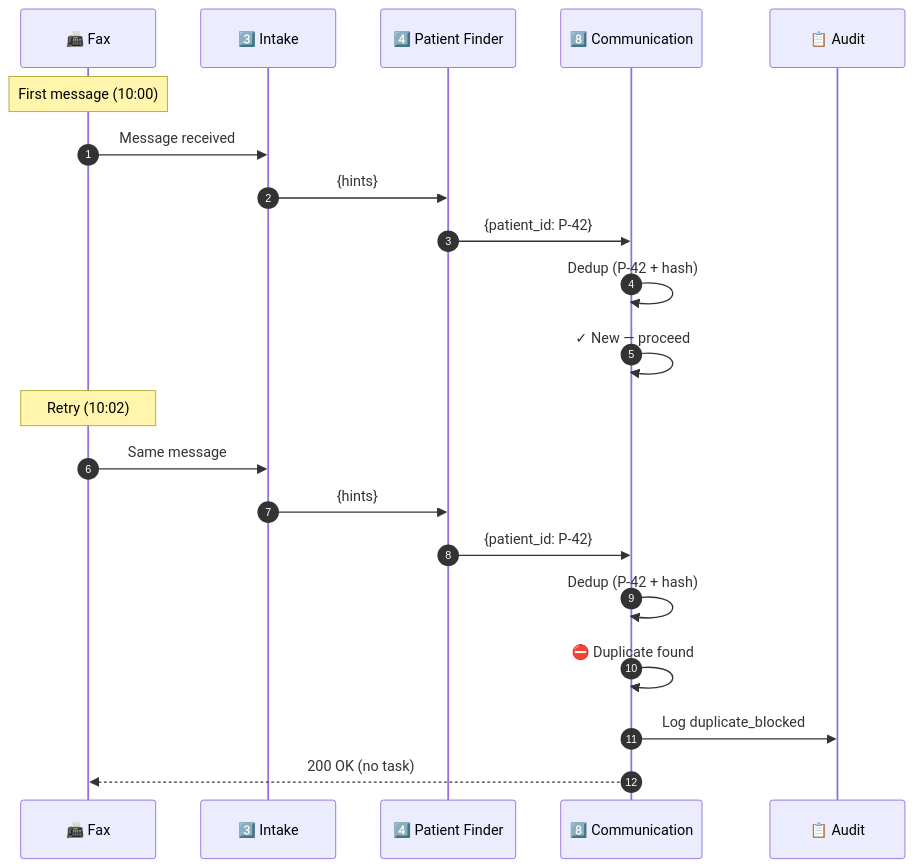
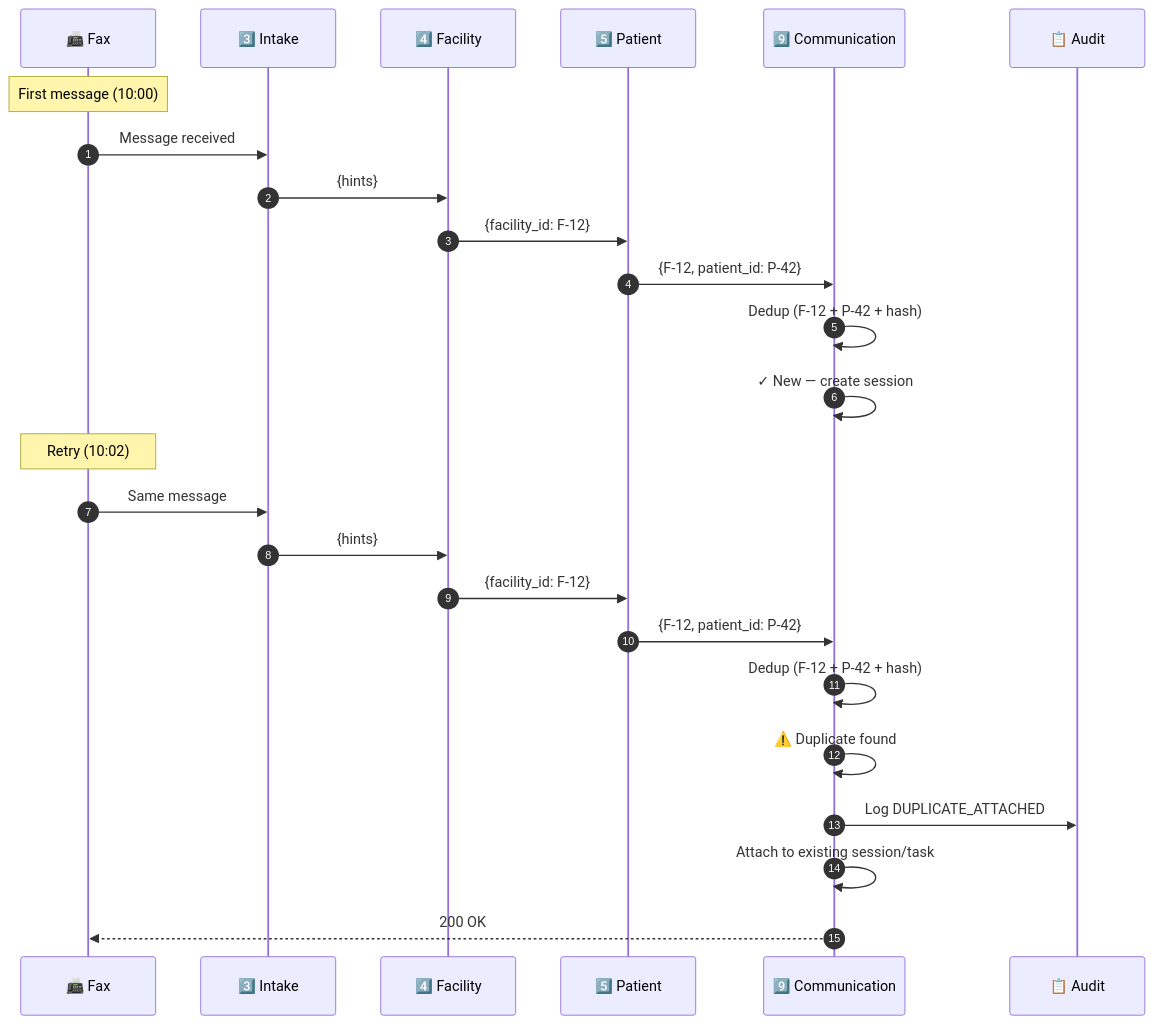
One commit to mohabnazmy/test changed diagram 11 of 16 in all.md. Above: the diagram before and after it, drawn with Mermaid. The commit also changed other lines of this file, not shown here.

````diff
--- a/all.md
+++ b/all.md
@@ -629,25 +701,29 @@
 ```mermaid
 sequenceDiagram
     autonumber
     participant Fax as 📠 Fax
     participant I as 3️⃣ Intake
-    participant PF as 4️⃣ Patient Finder
-    participant C as 8️⃣ Communication
+    participant FF as 4️⃣ Facility
+    participant PF as 5️⃣ Patient
+    participant C as 9️⃣ Communication
     participant Audit as 📋 Audit
     
     Note over Fax: First message (10:00)
     Fax->>I: Message received
-    I->>PF: {hints}
-    PF->>C: {patient_id: P-42}
-    C->>C: Dedup (P-42 + hash)
-    C->>C: ✓ New — proceed
+    I->>FF: {hints}
+    FF->>PF: {facility_id: F-12}
+    PF->>C: {F-12, patient_id: P-42}
+    C->>C: Dedup (F-12 + P-42 + hash)
+    C->>C: ✓ New — create session
     
     Note over Fax: Retry (10:02)
     Fax->>I: Same message
-    I->>PF: {hints}
-    PF->>C: {patient_id: P-42}
-    C->>C: Dedup (P-42 + hash)
-    C->>C: ⛔ Duplicate found
-    C->>Audit: Log duplicate_blocked
-    C-->>Fax: 200 OK (no task)
+    I->>FF: {hints}
+    FF->>PF: {facility_id: F-12}
+    PF->>C: {F-12, patient_id: P-42}
+    C->>C: Dedup (F-12 + P-42 + hash)
+    C->>C: ⚠️ Duplicate found
+    C->>Audit: Log DUPLICATE_ATTACHED
+    C->>C: Attach to existing session/task
+    C-->>Fax: 200 OK
 ```
````
